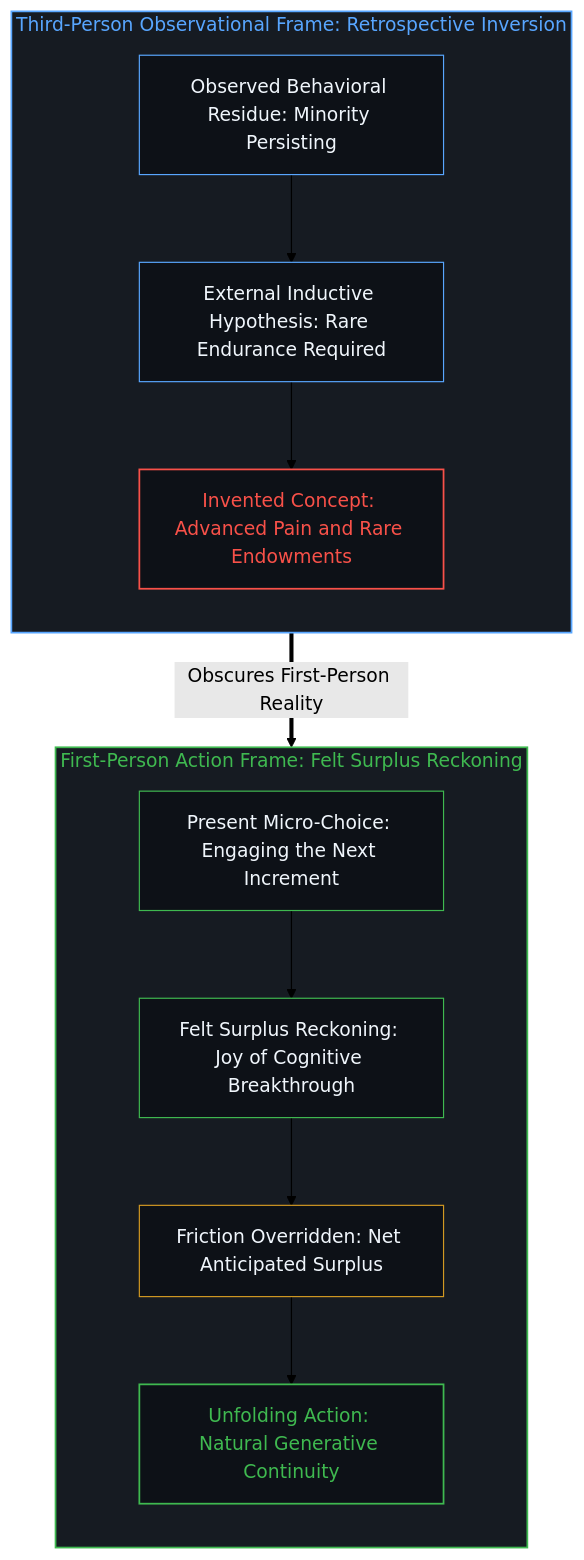
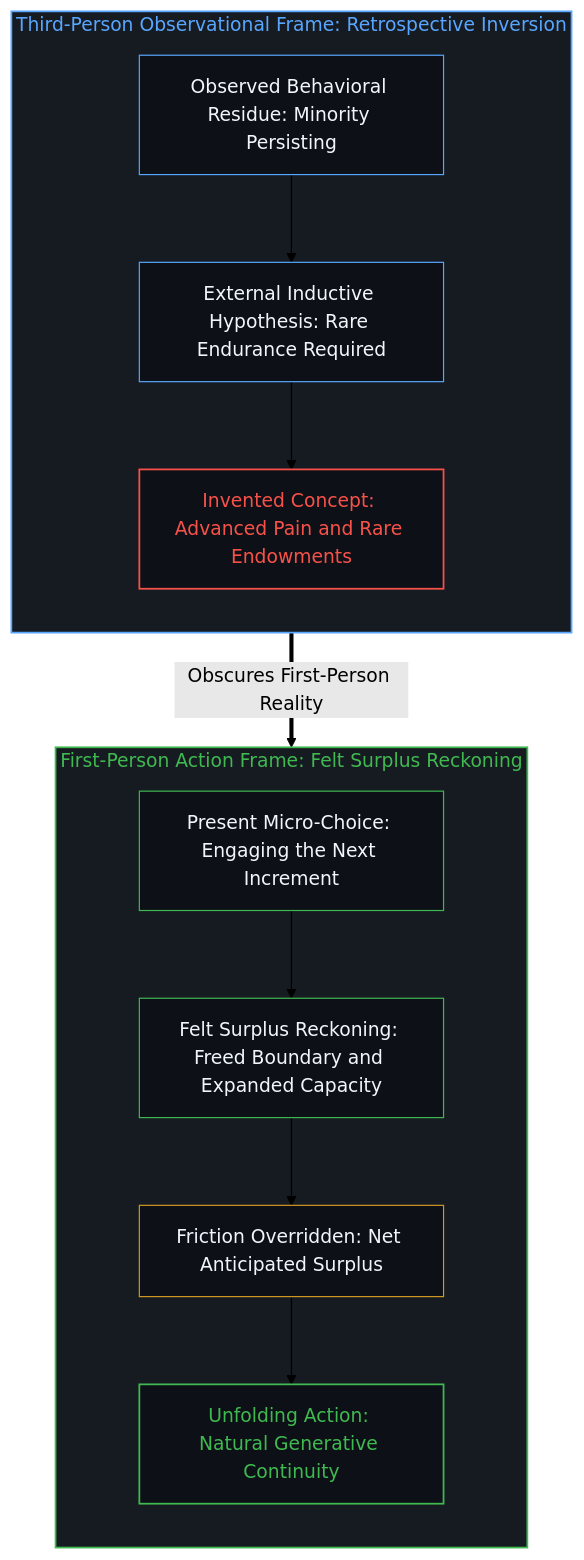
The second of 4 diagrams in content/posts/the-causal-overstep-of-observation-and-the-first-person-surplus.md (powerpig99/not-a-toe), drawn with Mermaid (forest theme) before and after one commit. The commit also changed other lines of this file and 5 other files, not shown here.

````diff
--- a/content/posts/the-causal-overstep-of-observation-and-the-first-person-surplus.md
+++ b/content/posts/the-causal-overstep-of-observation-and-the-first-person-surplus.md
@@ -54,24 +54,24 @@
 ```mermaid
 graph TD
     subgraph S_ThirdPerson ["Third-Person Observational Frame: Retrospective Inversion"]
         direction TB
         style S_ThirdPerson fill:#161b22,stroke:#58a6ff,stroke-width:1.5px,color:#58a6ff
         A1["Observed Behavioral Residue: Minority Persisting"] --> A2["External Inductive Hypothesis: Rare Endurance Required"]
         A2 --> A3["Invented Concept: Advanced Pain and Rare Endowments"]
         style A1 fill:#0d1117,stroke:#58a6ff,stroke-width:1px,color:#f0f6fc
         style A2 fill:#0d1117,stroke:#58a6ff,stroke-width:1px,color:#f0f6fc
         style A3 fill:#0d1117,stroke:#f85149,stroke-width:1.5px,color:#f85149
     end
     A3 ==>|"Obscures First-Person Reality"| B1
     subgraph S_FirstPerson ["First-Person Action Frame: Felt Surplus Reckoning"]
         direction TB
         style S_FirstPerson fill:#161b22,stroke:#3fb950,stroke-width:1.5px,color:#3fb950
-        B1["Present Micro-Choice: Engaging the Next Increment"] --> B2["Felt Surplus Reckoning: Joy of Cognitive Breakthrough"]
+        B1["Present Micro-Choice: Engaging the Next Increment"] --> B2["Felt Surplus Reckoning: Freed Boundary and Expanded Capacity"]
         B2 --> B3["Friction Overridden: Net Anticipated Surplus"]
         B3 --> B4["Unfolding Action: Natural Generative Continuity"]
         style B1 fill:#0d1117,stroke:#3fb950,stroke-width:1px,color:#f0f6fc
         style B2 fill:#0d1117,stroke:#3fb950,stroke-width:1px,color:#f0f6fc
         style B3 fill:#0d1117,stroke:#d29922,stroke-width:1px,color:#f0f6fc
         style B4 fill:#0d1117,stroke:#3fb950,stroke-width:1.5px,color:#3fb950
     end
 ```
````
